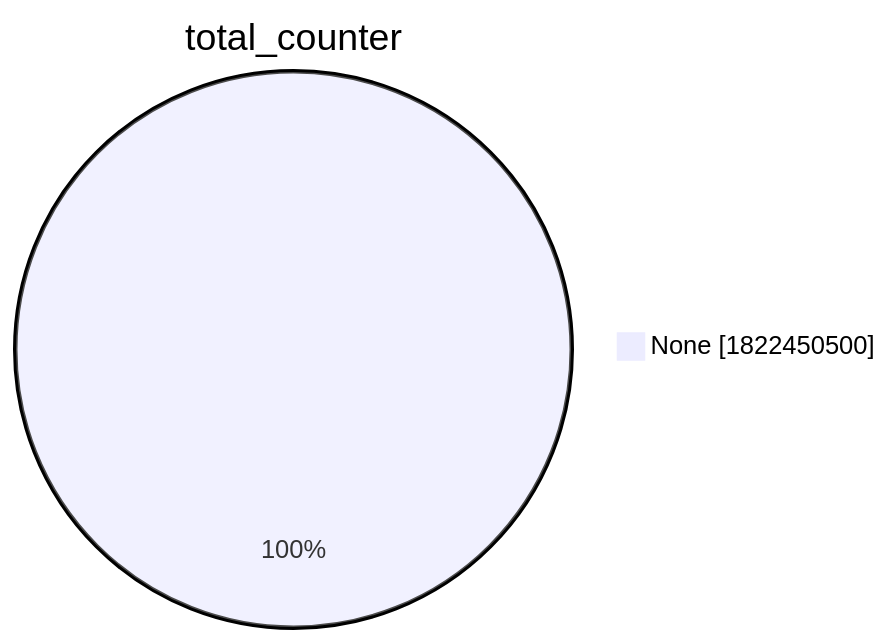
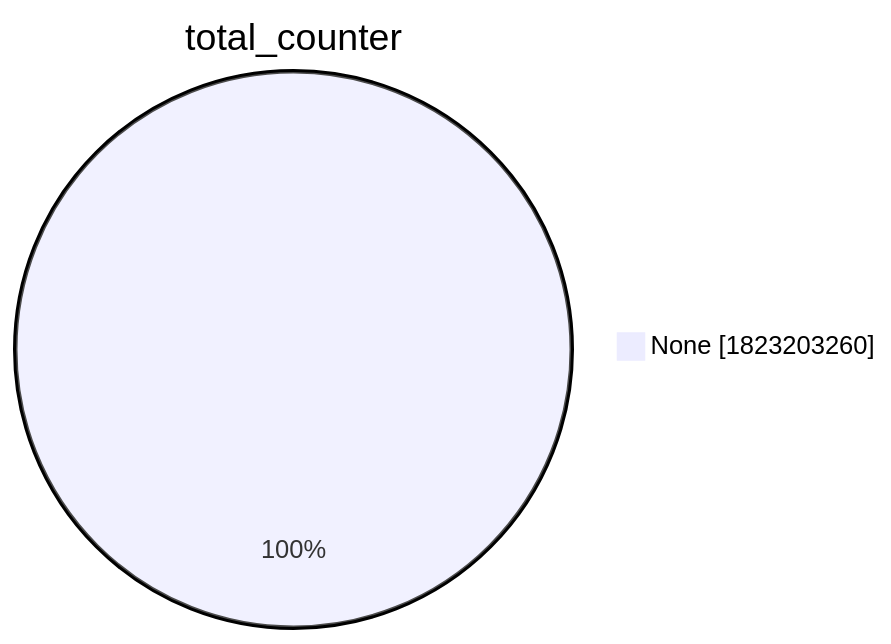
The second of 15 diagrams in xenon2022/README.md (christiankrug/ctmonitor_visualization), drawn with Mermaid before and after one commit. The commit also changed other lines of this file, not shown here.

````diff
--- a/xenon2022/README.md
+++ b/xenon2022/README.md
@@ -9,5 +9,5 @@
 ```mermaid
 pie showData
 title total_counter
-"None" :1822450500
+"None" :1823203260
 ```
````
